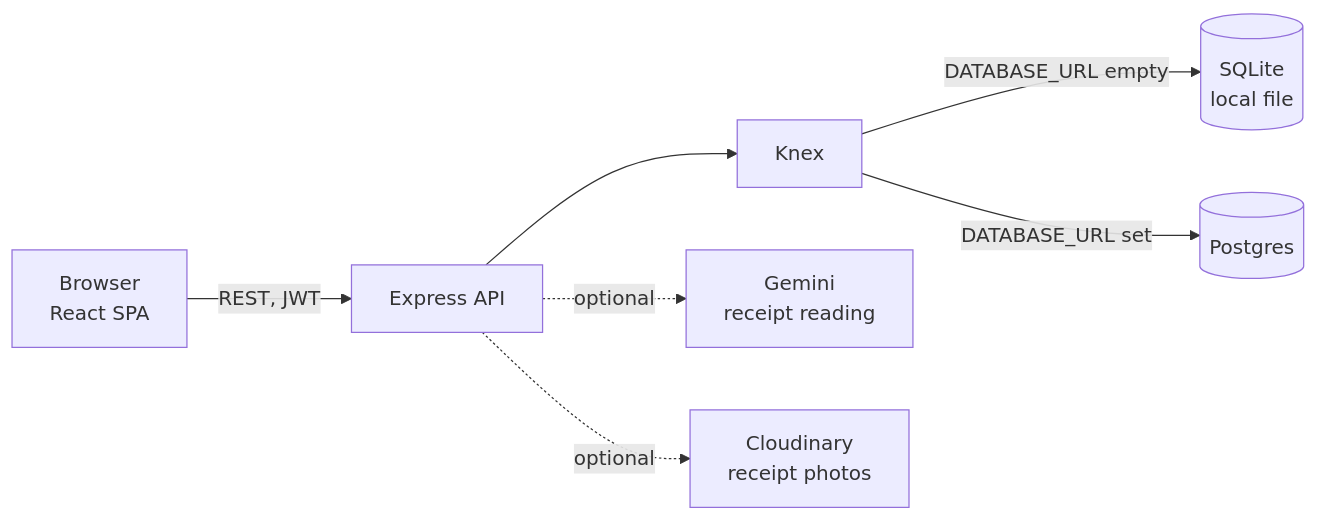
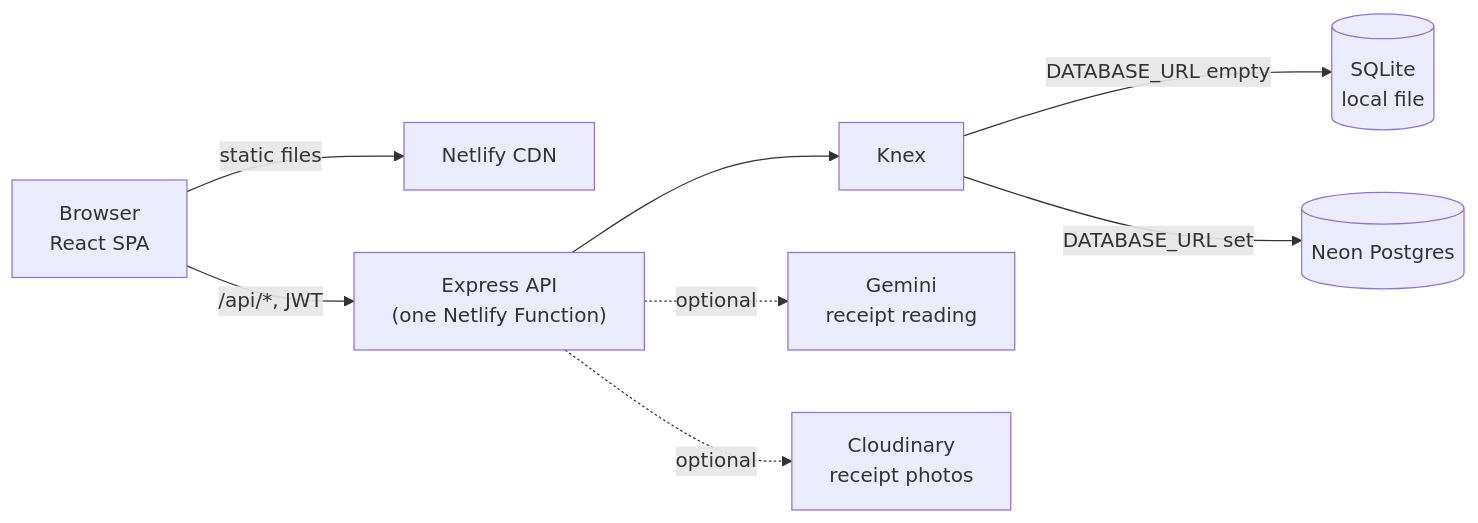
The diagram in README.md (jmartintechit-blip/Repartix), drawn with Mermaid before and after one commit. The commit also changed other lines of this file and 3 other files, not shown here.

First line of the commit message:
Document the Netlify and Neon demo in the READMEs, security policy and changelog

````diff
--- a/README.md
+++ b/README.md
@@ -62,9 +62,10 @@
 ```mermaid
 flowchart LR
-  B["Browser<br/>React SPA"] -->|"REST, JWT"| A["Express API"]
+  B["Browser<br/>React SPA"] -->|"static files"| N["Netlify CDN"]
+  B -->|"/api/*, JWT"| A["Express API<br/>(one Netlify Function)"]
   A --> K["Knex"]
   K -->|"DATABASE_URL empty"| S[("SQLite<br/>local file")]
-  K -->|"DATABASE_URL set"| P[("Postgres")]
+  K -->|"DATABASE_URL set"| P[("Neon Postgres")]
   A -.->|"optional"| G["Gemini<br/>receipt reading"]
   A -.->|"optional"| C["Cloudinary<br/>receipt photos"]
 ```
````
